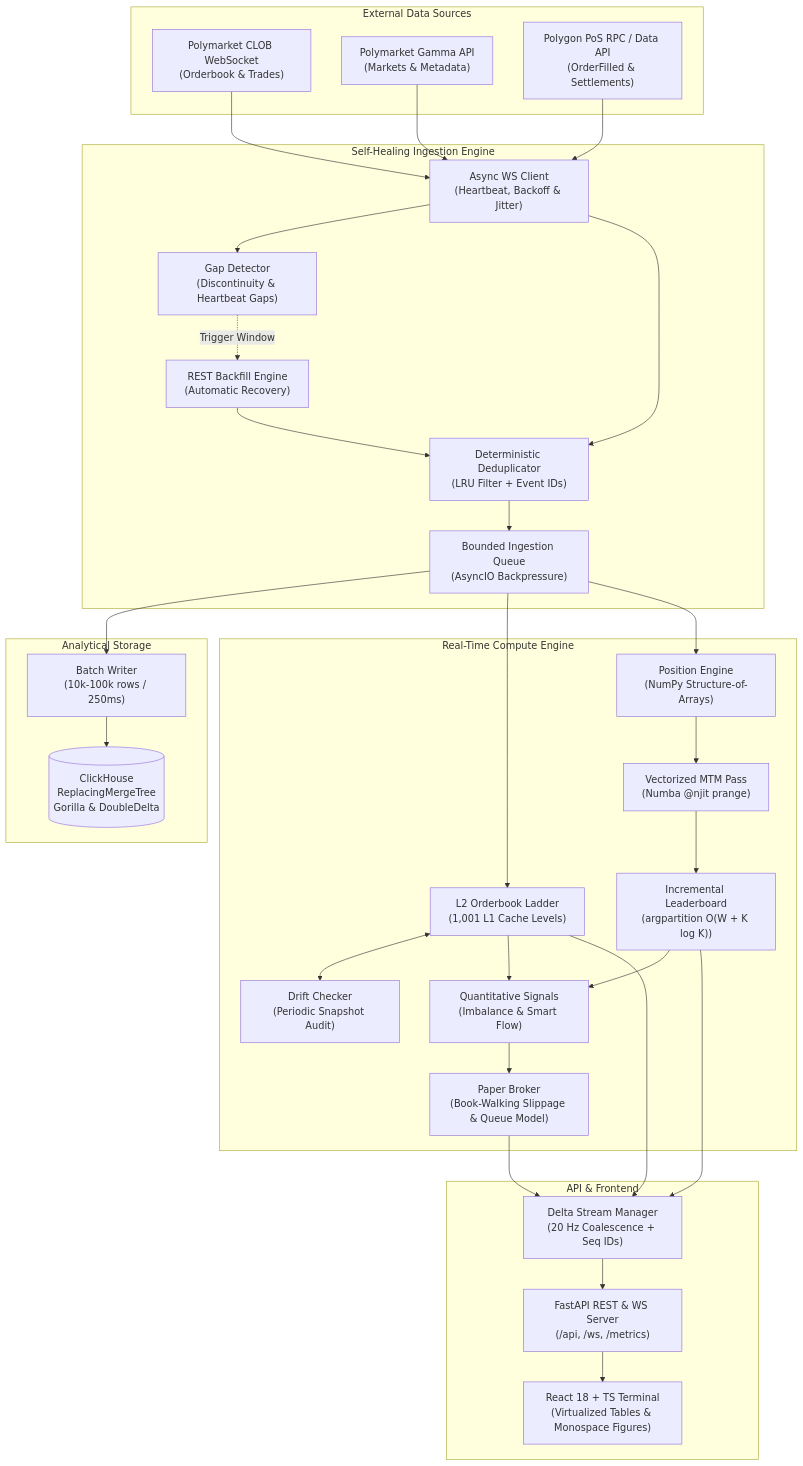
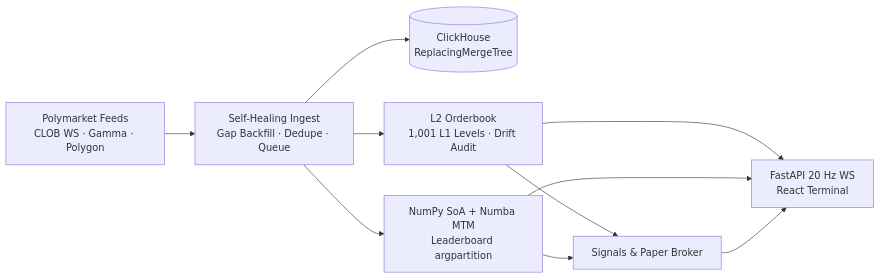
Before and after one commit to ayushman-77/market-tracker: the diagram in README.md, drawn with Mermaid. The commit also changed other lines of this file and 1 other file, not shown here.

Commit message:
cleaned up README and added demo recording

````diff
--- a/README.md
+++ b/README.md
@@ -39,66 +47,12 @@
 ```mermaid
-flowchart TD
-    subgraph Sources ["External Data Sources"]
-        WS["Polymarket CLOB WebSocket<br/>(Orderbook & Trades)"]
-        GAMMA["Polymarket Gamma API<br/>(Markets & Metadata)"]
-        CHAIN["Polygon PoS RPC / Data API<br/>(OrderFilled & Settlements)"]
-    end
-
-    subgraph Ingestion ["Self-Healing Ingestion Engine"]
-        WS_CLIENT["Async WS Client<br/>(Heartbeat, Backoff & Jitter)"]
-        GAP_DET["Gap Detector<br/>(Discontinuity & Heartbeat Gaps)"]
-        BACKFILL["REST Backfill Engine<br/>(Automatic Recovery)"]
-        DEDUPE["Deterministic Deduplicator<br/>(LRU Filter + Event IDs)"]
-        QUEUE["Bounded Ingestion Queue<br/>(AsyncIO Backpressure)"]
-    end
-
-    subgraph Storage ["Analytical Storage"]
-        WRITER["Batch Writer<br/>(10k-100k rows / 250ms)"]
-        CH[("ClickHouse<br/>ReplacingMergeTree<br/>Gorilla & DoubleDelta")]
-    end
-
-    subgraph Compute ["Real-Time Compute Engine"]
-        BOOK["L2 Orderbook Ladder<br/>(1,001 L1 Cache Levels)"]
-        DRIFT["Drift Checker<br/>(Periodic Snapshot Audit)"]
-        SOA["Position Engine<br/>(NumPy Structure-of-Arrays)"]
-        NUMBA["Vectorized MTM Pass<br/>(Numba @njit prange)"]
-        LEADER["Incremental Leaderboard<br/>(argpartition O(W + K log K))"]
-        STRAT["Quantitative Signals<br/>(Imbalance & Smart Flow)"]
-        BROKER["Paper Broker<br/>(Book-Walking Slippage & Queue Model)"]
-    end
-
-    subgraph Serving ["API & Frontend"]
-        STREAM["Delta Stream Manager<br/>(20 Hz Coalescence + Seq IDs)"]
-        API["FastAPI REST & WS Server<br/>(/api, /ws, /metrics)"]
-        WEB["React 18 + TS Terminal<br/>(Virtualized Tables & Monospace Figures)"]
-    end
-
-    WS --> WS_CLIENT
-    GAMMA --> WS_CLIENT
-    CHAIN --> WS_CLIENT
-
-    WS_CLIENT --> GAP_DET
-    GAP_DET -.->|Trigger Window| BACKFILL
-    BACKFILL --> DEDUPE
-    WS_CLIENT --> DEDUPE
-
-    DEDUPE --> QUEUE
-    QUEUE --> WRITER
-    WRITER --> CH
-
-    QUEUE --> BOOK
-    BOOK <--> DRIFT
-    BOOK --> STRAT
-    QUEUE --> SOA
-    SOA --> NUMBA
-    NUMBA --> LEADER
-
-    LEADER --> STRAT
-    STRAT --> BROKER
-    BROKER --> STREAM
-    LEADER --> STREAM
-    BOOK --> STREAM
-
-    STREAM --> API
-    API --> WEB
+flowchart LR
+    SRC["Polymarket Feeds<br/>CLOB WS · Gamma · Polygon"] --> ING["Self-Healing Ingest<br/>Gap Backfill · Dedupe · Queue"]
+    ING --> CH[("ClickHouse<br/>ReplacingMergeTree")]
+    ING --> BOOK["L2 Orderbook<br/>1,001 L1 Levels · Drift Audit"]
+    ING --> PNL["NumPy SoA + Numba MTM<br/>Leaderboard argpartition"]
+    BOOK --> STRAT["Signals & Paper Broker"]
+    PNL --> STRAT
+    BOOK --> API["FastAPI 20 Hz WS<br/>React Terminal"]
+    PNL --> API
+    STRAT --> API
 ```
````
